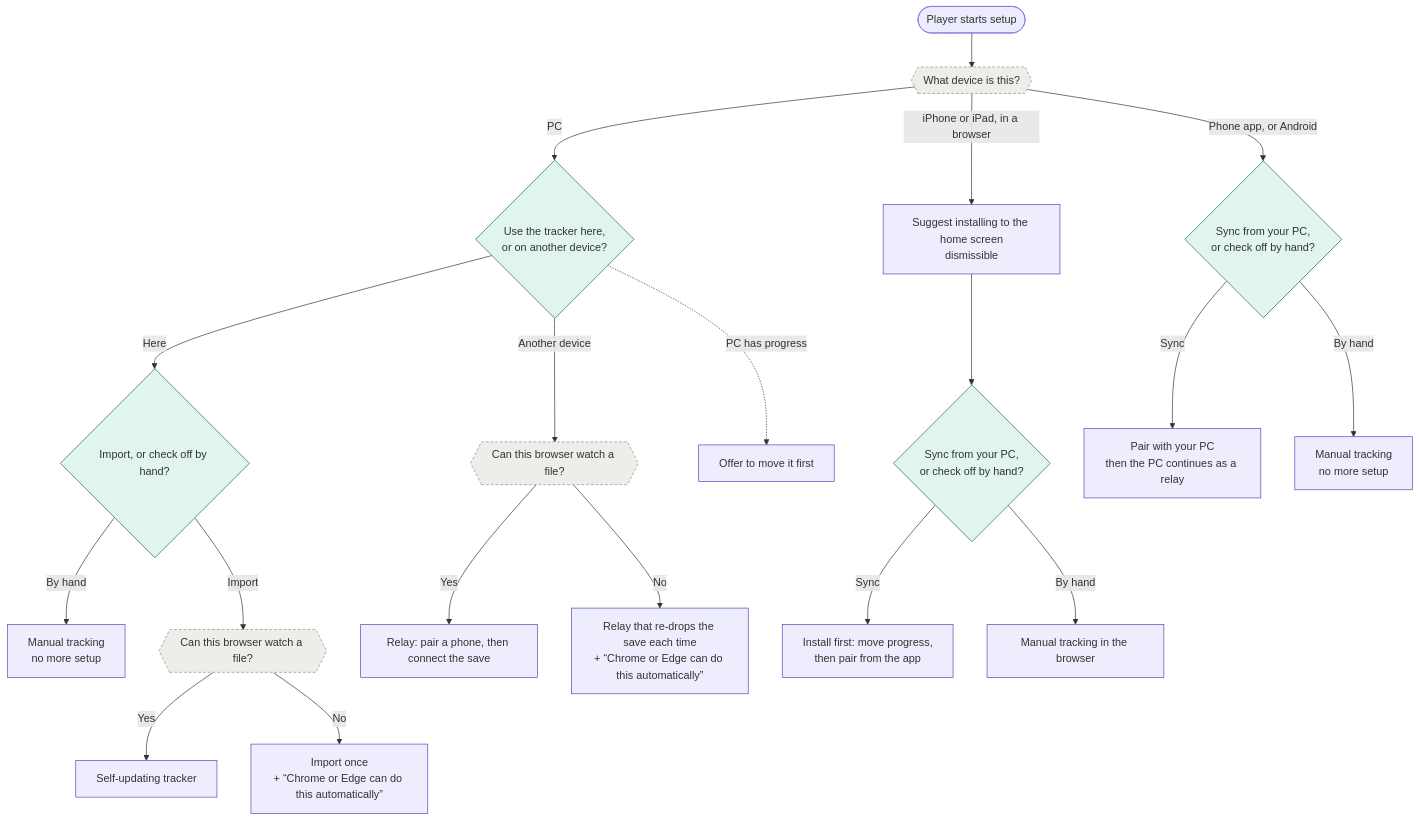
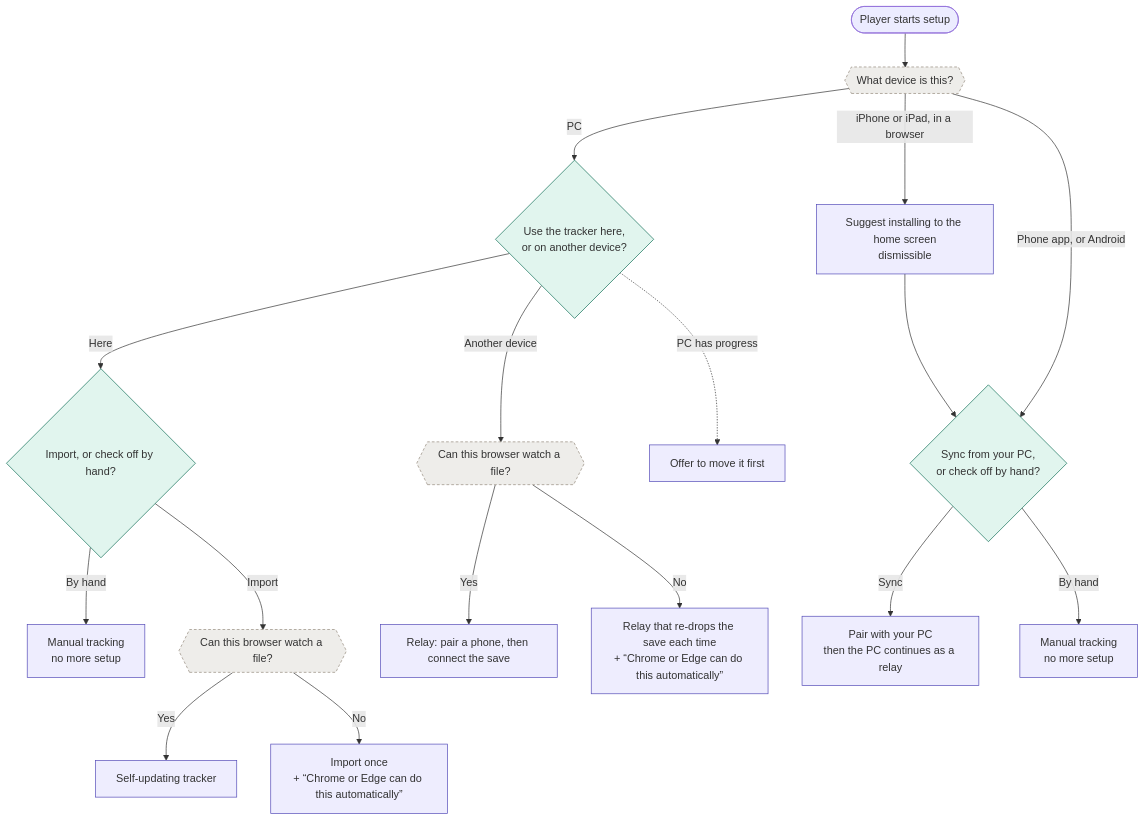
Before and after one commit to mrh-is/mistria-fyi: the diagram in docs/sync-setup.md, drawn with Mermaid. The commit also changed other lines of this file and 1 other file, not shown here.

First line of the commit message:
Let iOS browsers pair, & re-pair when moving to the app

````diff
--- a/docs/sync-setup.md
+++ b/docs/sync-setup.md
@@ -54,28 +54,26 @@
 ```mermaid
 flowchart TD
     classDef detected fill:#eeedea,stroke:#948a7c,stroke-dasharray:4 3
     classDef asked fill:#e1f5ee,stroke:#0f6e56
     classDef outcome fill:#eeedfe,stroke:#534ab7
 
     START([Player starts setup]) --> DEVICE{{What device is this?}}:::detected
     DEVICE -->|PC| WHERE{Use the tracker here,<br/>or on another device?}:::asked
     DEVICE -->|iPhone or iPad, in a browser| NUDGE[Suggest installing to the home screen<br/>dismissible]:::outcome
     DEVICE -->|Phone app, or Android| PHONE{Sync from your PC,<br/>or check off by hand?}:::asked
-    NUDGE --> IOSQ{Sync from your PC,<br/>or check off by hand?}:::asked
-    IOSQ -->|Sync| INSTALL[Install first: move progress,<br/>then pair from the app]:::outcome
-    IOSQ -->|By hand| MANUAL3[Manual tracking in the browser]:::outcome
+    NUDGE --> PHONE
 
     WHERE -->|Here| HOW{Import, or check off by hand?}:::asked
     HOW -->|By hand| MANUAL[Manual tracking<br/>no more setup]:::outcome
     HOW -->|Import| WATCH1{{Can this browser watch a file?}}:::detected
     WATCH1 -->|Yes| SELF[Self-updating tracker]:::outcome
     WATCH1 -->|No| ONCE[Import once<br/>+ “Chrome or Edge can do this automatically”]:::outcome
 
     WHERE -->|Another device| WATCH2{{Can this browser watch a file?}}:::detected
     WATCH2 -->|Yes| RELAY[Relay: pair a phone, then connect the save]:::outcome
     WATCH2 -->|No| REDROP[Relay that re-drops the save each time<br/>+ “Chrome or Edge can do this automatically”]:::outcome
 
     PHONE -->|Sync| PAIR[Pair with your PC<br/>then the PC continues as a relay]:::outcome
     WHERE -.->|PC has progress| MOVE[Offer to move it first]:::outcome
     PHONE -->|By hand| MANUAL2[Manual tracking<br/>no more setup]:::outcome
 ```
````
